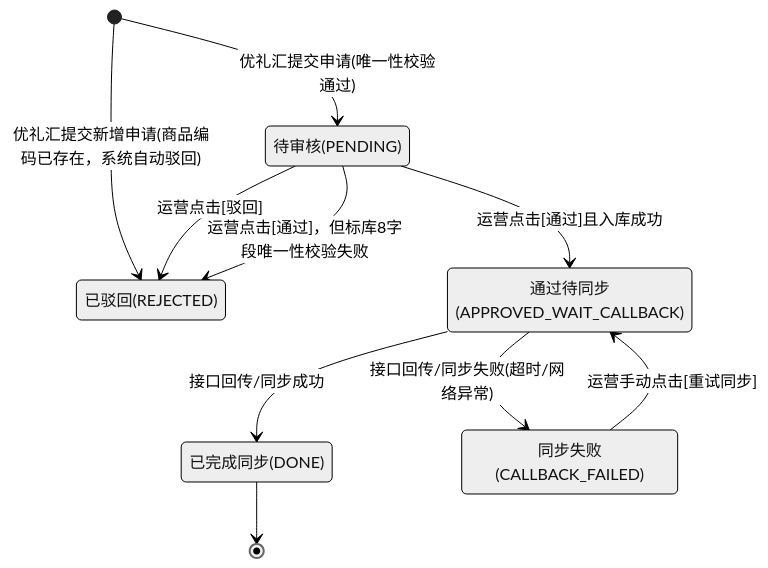
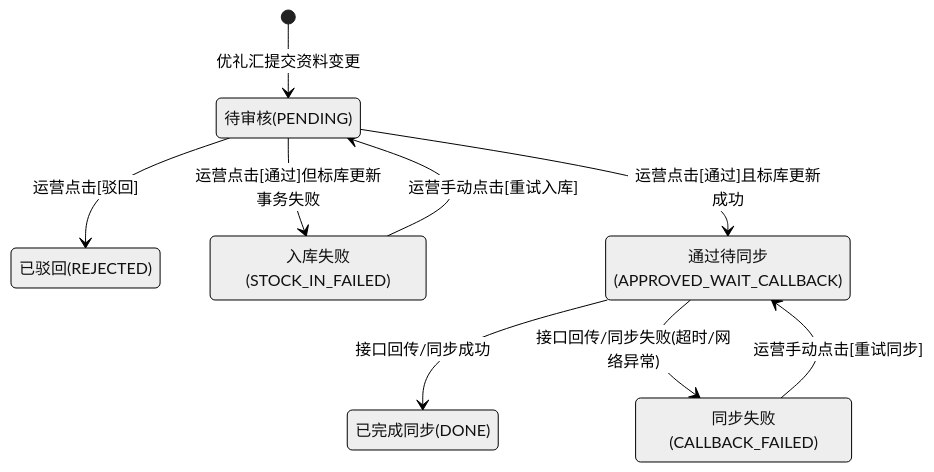
The second of 3 diagrams in .trae/documents/海典商品标库-优礼汇对接-可点击原型PRD.md (hnxief-code/shangpin-platform-sync), drawn with Mermaid (neutral theme) before and after one commit. The commit also changed other lines of this file and 5 other files, not shown here.

````diff
--- a/.trae/documents/海典商品标库-优礼汇对接-可点击原型PRD.md
+++ b/.trae/documents/海典商品标库-优礼汇对接-可点击原型PRD.md
@@ -71,16 +89,11 @@
 ```mermaid
 stateDiagram-v2
-    [*] --> 待审核(PENDING) : 优礼汇提交申请(唯一性校验通过)
-    [*] --> 已驳回(REJECTED) : 优礼汇提交新增申请(商品编码已存在，系统自动驳回)
-    
+    [*] --> 待审核(PENDING) : 优礼汇提交资料变更
     待审核(PENDING) --> 已驳回(REJECTED) : 运营点击[驳回]
-    待审核(PENDING) --> 已驳回(REJECTED) : 运营点击[通过]，但标库8字段唯一性校验失败
-    
-    待审核(PENDING) --> 通过待同步(APPROVED_WAIT_CALLBACK) : 运营点击[通过]且入库成功
-    
+    待审核(PENDING) --> 入库失败(STOCK_IN_FAILED) : 运营点击[通过]但标库更新事务失败
+    入库失败(STOCK_IN_FAILED) --> 待审核(PENDING) : 运营手动点击[重试入库]
+    待审核(PENDING) --> 通过待同步(APPROVED_WAIT_CALLBACK) : 运营点击[通过]且标库更新成功
     通过待同步(APPROVED_WAIT_CALLBACK) --> 已完成同步(DONE) : 接口回传/同步成功
-    已完成同步(DONE) --> [*]
-    
     通过待同步(APPROVED_WAIT_CALLBACK) --> 同步失败(CALLBACK_FAILED) : 接口回传/同步失败(超时/网络异常)
     同步失败(CALLBACK_FAILED) --> 通过待同步(APPROVED_WAIT_CALLBACK) : 运营手动点击[重试同步]
 ```
````
